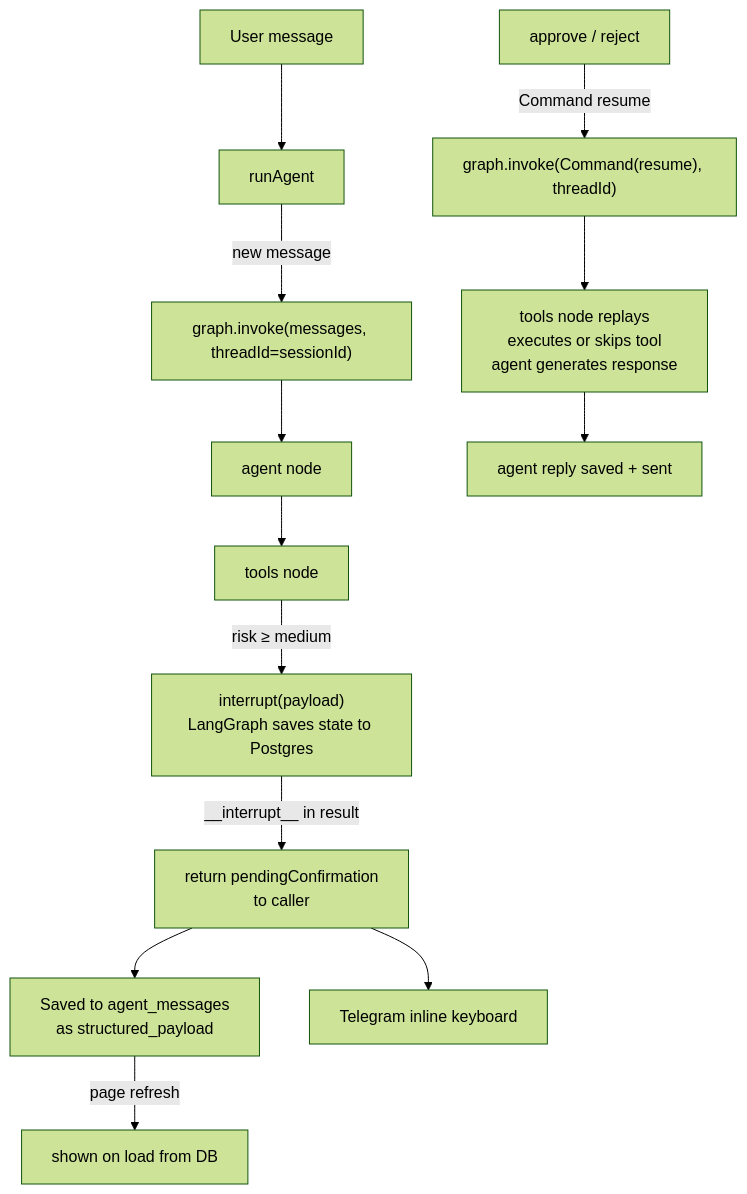
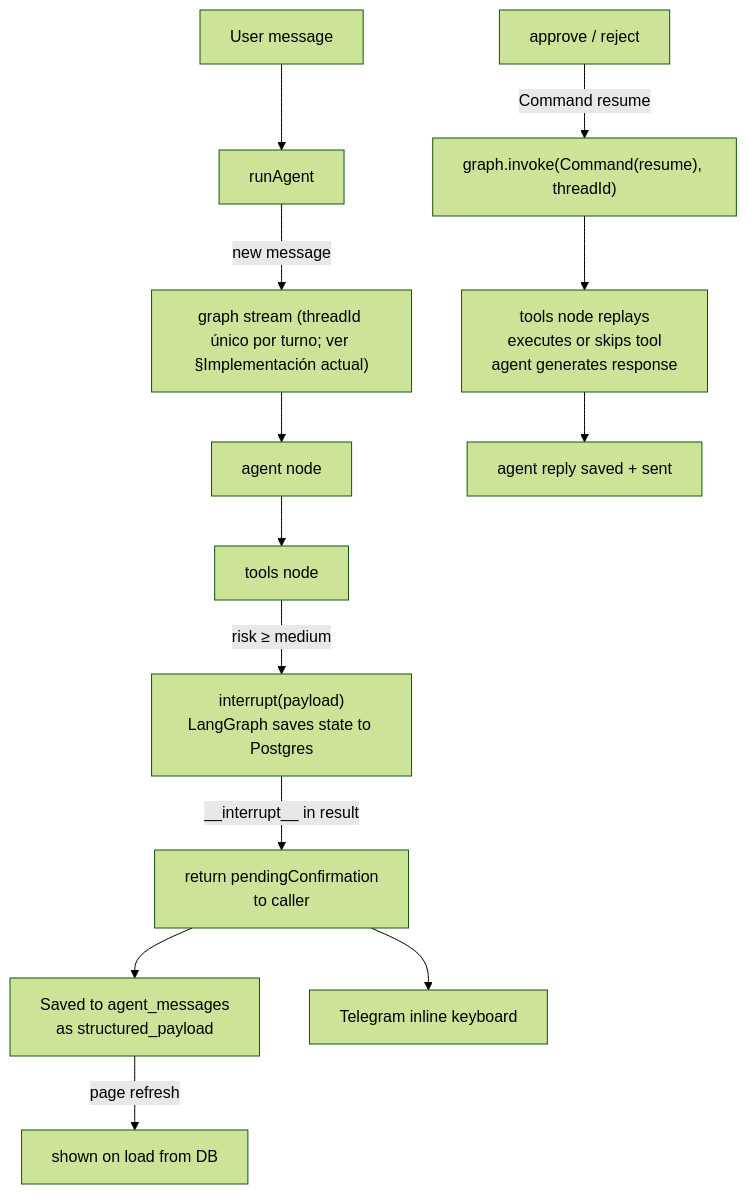
The second of 2 diagrams in docs/tools-design/hitl.md (janotowers/10x-builders-agent), drawn with Mermaid (forest theme) before and after one commit. The commit also changed other lines of this file and 9 other files, not shown here.

````diff
--- a/docs/tools-design/hitl.md
+++ b/docs/tools-design/hitl.md
@@ -57,16 +57,16 @@
 ```mermaid
 flowchart TD
   userMsg["User message"] --> runAgent
-  runAgent -->|"new message"| invoke["graph.invoke(messages, threadId=sessionId)"]
+  runAgent -->|"new message"| invoke["graph stream (threadId único por turno; ver §Implementación actual)"]
   invoke --> agentNode["agent node"]
   agentNode --> toolsNode["tools node"]
   toolsNode -->|"risk ≥ medium"| interruptCall["interrupt(payload)\nLangGraph saves state to Postgres"]
   interruptCall -->|"__interrupt__ in result"| returnHITL["return pendingConfirmation\nto caller"]
   returnHITL --> webPersist["Saved to agent_messages\nas structured_payload"]
   webPersist -->|"page refresh"| loadedFromDB["shown on load from DB"]
   returnHITL --> telegramKbd["Telegram inline keyboard"]
   
   approve["approve / reject"] -->|"Command resume"| resume["graph.invoke(Command(resume), threadId)"]
   resume --> toolsNode2["tools node replays\nexecutes or skips tool\nagent generates response"]
   toolsNode2 --> agentReply["agent reply saved + sent"]
 ```
````
